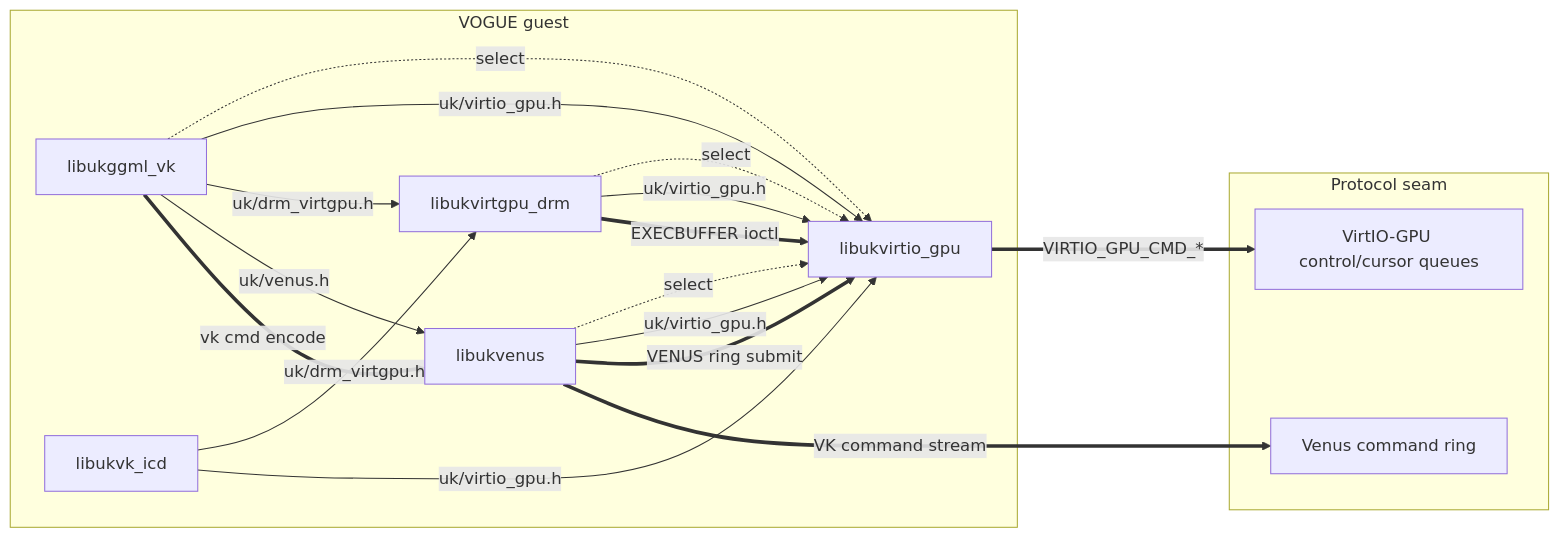
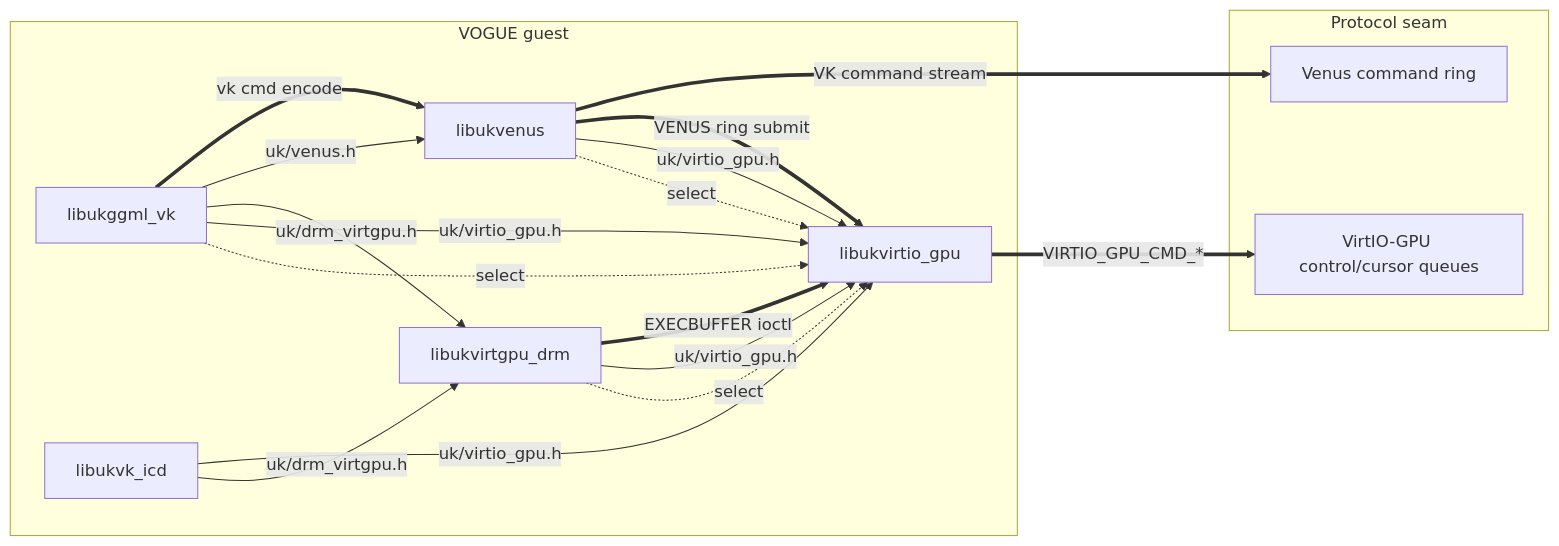
Before and after one commit to vm-final-project/virtio-gpu: the diagram in results/depgraph/view-b-edge-kinds.mmd, drawn with Mermaid. The commit also changed other lines of this file and 8 other files, not shown here.

```diff
--- a/results/depgraph/view-b-edge-kinds.mmd
+++ b/results/depgraph/view-b-edge-kinds.mmd
@@ -1,28 +1,28 @@
 %% View B: Edge Kinds
 flowchart LR
   subgraph vogue["VOGUE guest"]
     vogue_libukvirtio_gpu["libukvirtio_gpu"]
+    vogue_libukvenus["libukvenus"]
     vogue_libukggml_vk["libukggml_vk"]
+    vogue_libukvirtgpu_drm["libukvirtgpu_drm"]
     vogue_libukvk_icd["libukvk_icd"]
-    vogue_libukvirtgpu_drm["libukvirtgpu_drm"]
-    vogue_libukvenus["libukvenus"]
   end
   subgraph seam["Protocol seam"]
     seam_venus_ring["Venus command ring"]
     seam_ctrlq["VirtIO-GPU control/cursor queues"]
   end
   vogue_libukggml_vk -.->|select| vogue_libukvirtio_gpu
   vogue_libukvenus -.->|select| vogue_libukvirtio_gpu
   vogue_libukvirtgpu_drm -.->|select| vogue_libukvirtio_gpu
   vogue_libukggml_vk -->|uk/virtio_gpu.h| vogue_libukvirtio_gpu
   vogue_libukggml_vk -->|uk/drm_virtgpu.h| vogue_libukvirtgpu_drm
   vogue_libukggml_vk -->|uk/venus.h| vogue_libukvenus
   vogue_libukvenus -->|uk/virtio_gpu.h| vogue_libukvirtio_gpu
   vogue_libukvirtgpu_drm -->|uk/virtio_gpu.h| vogue_libukvirtio_gpu
   vogue_libukvk_icd -->|uk/drm_virtgpu.h| vogue_libukvirtgpu_drm
   vogue_libukvk_icd -->|uk/virtio_gpu.h| vogue_libukvirtio_gpu
   vogue_libukggml_vk ==>|vk cmd encode| vogue_libukvenus
   vogue_libukvenus ==>|VENUS ring submit| vogue_libukvirtio_gpu
   vogue_libukvirtgpu_drm ==>|EXECBUFFER ioctl| vogue_libukvirtio_gpu
   vogue_libukvirtio_gpu ==>|VIRTIO_GPU_CMD_*| seam_ctrlq
   vogue_libukvenus ==>|VK command stream| seam_venus_ring
```
